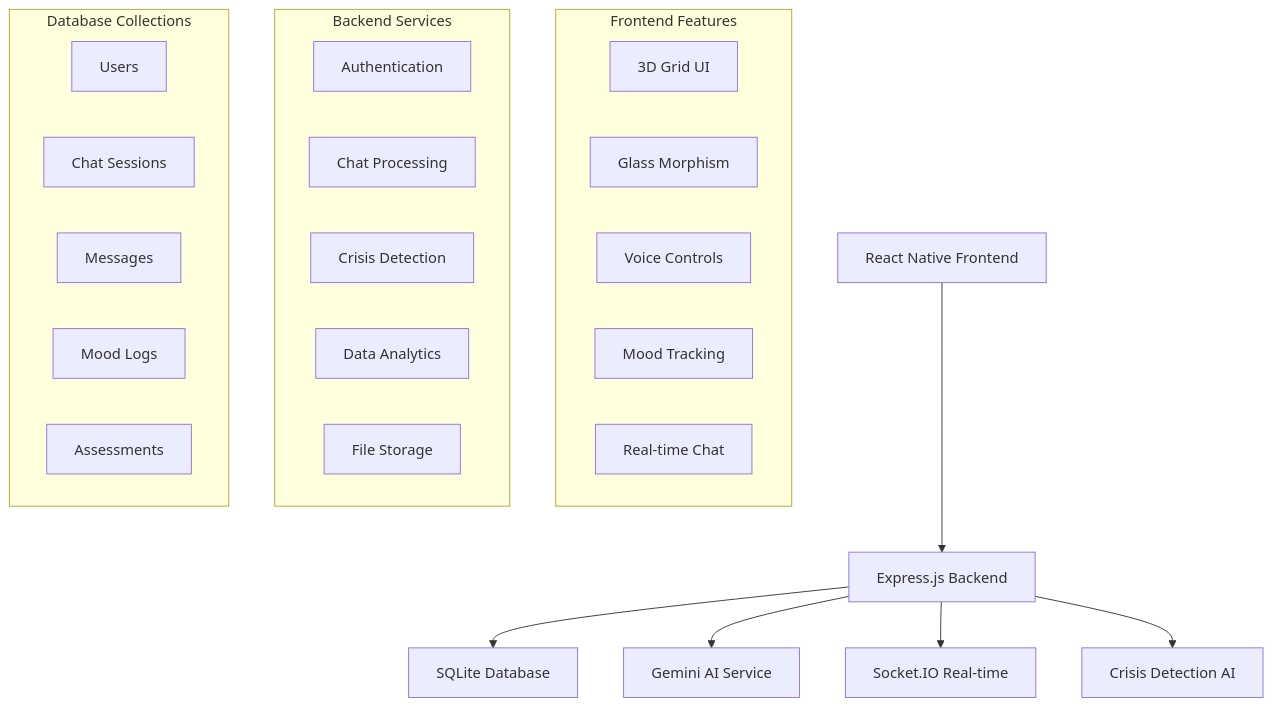
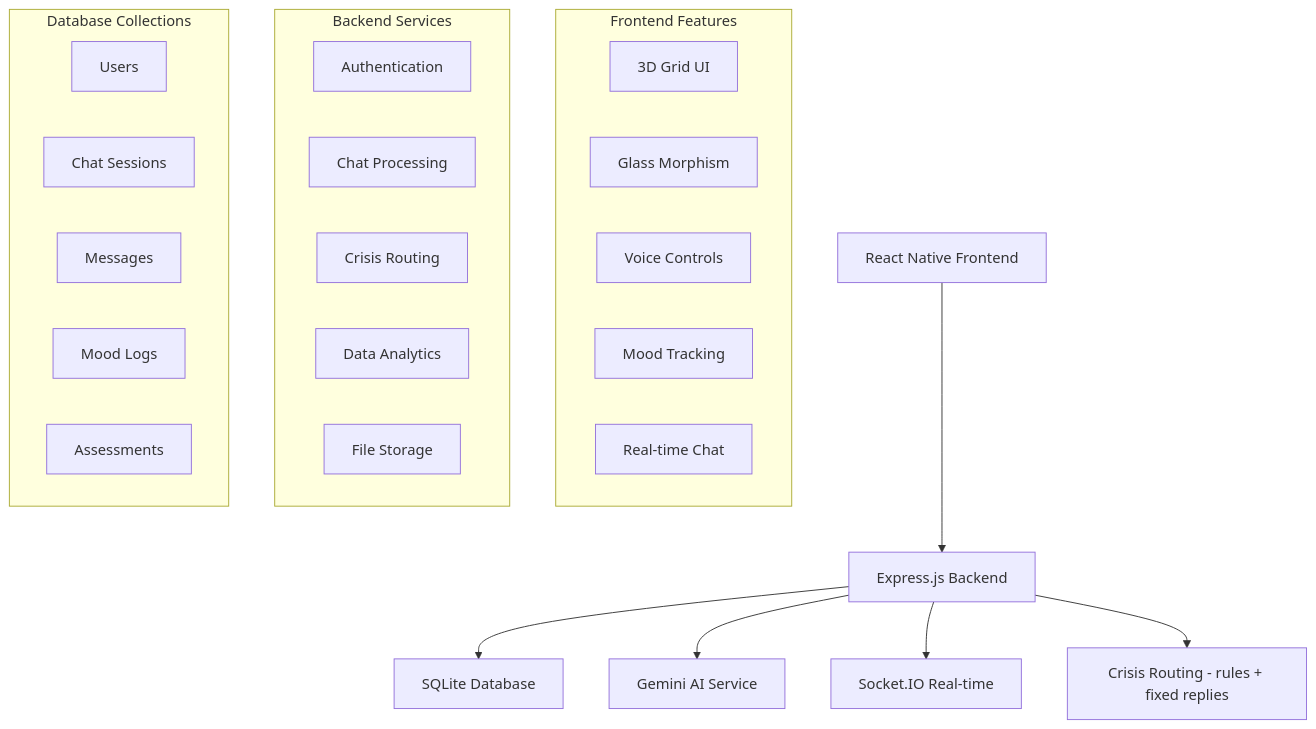
One commit to CODER7657/genex-prj changed the diagram in README.md. Above: the diagram before and after it, drawn with Mermaid. The commit also changed other lines of this file and 10 other files, not shown here.

First line of the commit message:
Route crisis messages to fixed safety replies, with region-aware helplines

````diff
--- a/README.md
+++ b/README.md
@@ -73,32 +73,32 @@
 ```mermaid
 graph TB
     A[React Native Frontend] --> B[Express.js Backend]
     B --> C[SQLite Database]
     B --> D[Gemini AI Service]
     B --> E[Socket.IO Real-time]
-    B --> F[Crisis Detection AI]
+    B --> F[Crisis Routing - rules + fixed replies]
     
     subgraph "Frontend Features"
         A1[3D Grid UI]
         A2[Glass Morphism]
         A3[Voice Controls]
         A4[Mood Tracking]
         A5[Real-time Chat]
     end
     
     subgraph "Backend Services"
         B1[Authentication]
         B2[Chat Processing]
-        B3[Crisis Detection]
+        B3[Crisis Routing]
         B4[Data Analytics]
         B5[File Storage]
     end
     
     subgraph "Database Collections"
         C1[Users]
         C2[Chat Sessions]
         C3[Messages]
         C4[Mood Logs]
         C5[Assessments]
     end
 ```
````
